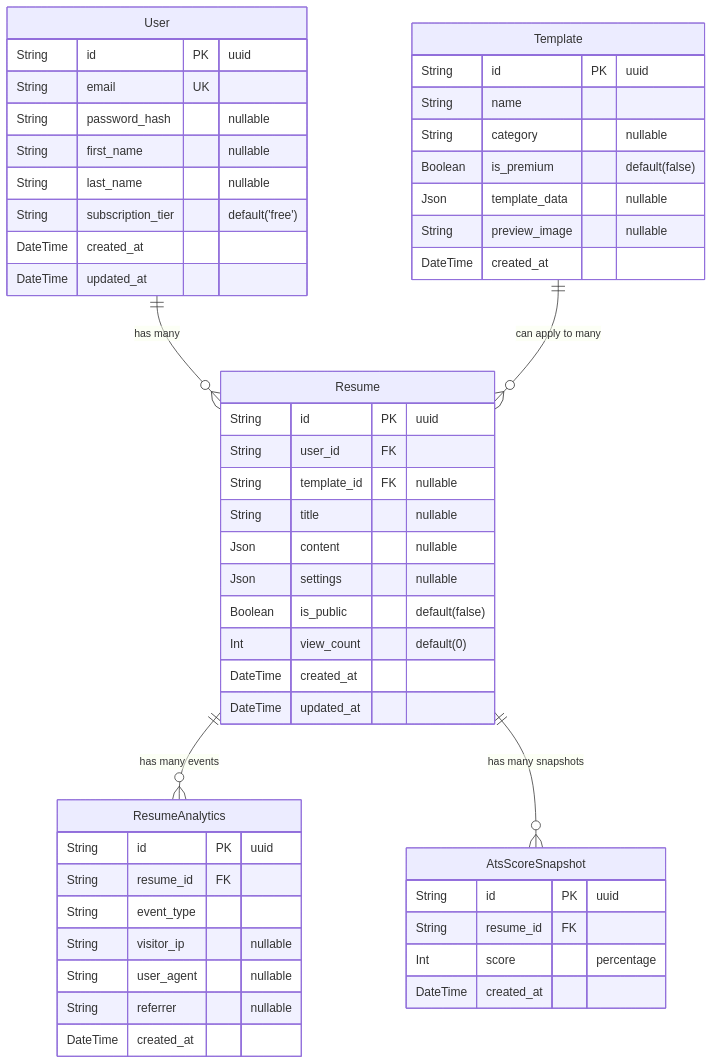
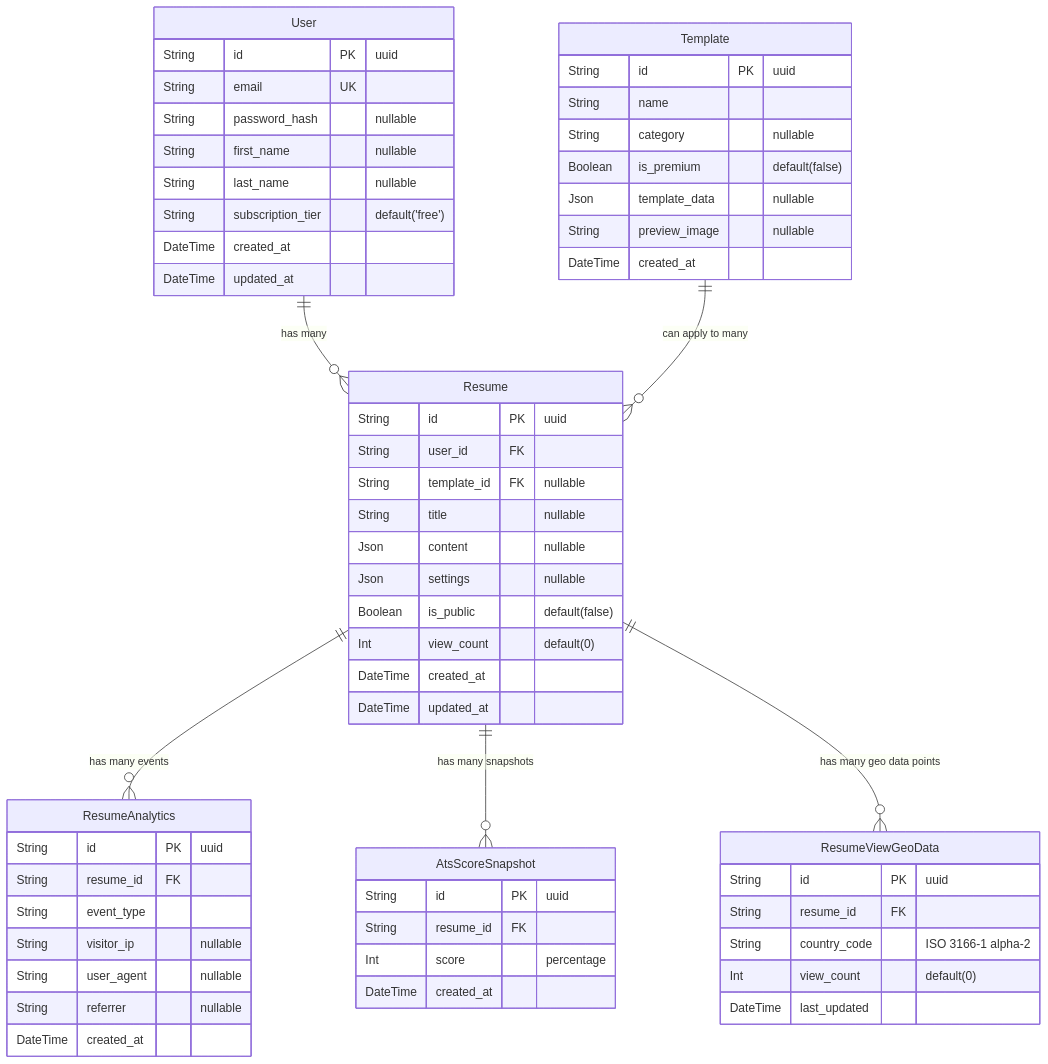
Before and after one commit to moss101/Cvleap3: the diagram in docs/erd/US003_resume_analytics.erd.md, drawn with Mermaid. The commit also changed 7 other files, not shown here.

First line of the commit message:
feat(analytics): Define backend architecture for US005 Geo-Heatmap Data

````diff
--- a/docs/erd/US003_resume_analytics.erd.md
+++ b/docs/erd/US003_resume_analytics.erd.md
@@ -1,61 +1,70 @@
 ```mermaid
 erDiagram
     User {
         String id PK "uuid"
         String email UK
         String password_hash "nullable"
         String first_name "nullable"
         String last_name "nullable"
         String subscription_tier "default('free')"
         DateTime created_at
         DateTime updated_at
     }
 
     Resume {
         String id PK "uuid"
         String user_id FK
         String template_id FK "nullable"
         String title "nullable"
         Json content "nullable"
         Json settings "nullable"
         Boolean is_public "default(false)"
         Int view_count "default(0)"
         DateTime created_at
         DateTime updated_at
     }
 
     Template {
         String id PK "uuid"
         String name
         String category "nullable"
         Boolean is_premium "default(false)"
         Json template_data "nullable"
         String preview_image "nullable"
         DateTime created_at
     }
 
     ResumeAnalytics {
         String id PK "uuid"
         String resume_id FK
         String event_type
         String visitor_ip "nullable"
         String user_agent "nullable"
         String referrer "nullable"
         DateTime created_at
     }
 
     User ||--o{ Resume : "has many"
     Template ||--o{ Resume : "can apply to many"
     Resume ||--o{ ResumeAnalytics : "has many events"
     Resume ||--o{ AtsScoreSnapshot : "has many snapshots"
+    Resume ||--o{ ResumeViewGeoData : "has many geo data points"
 
     AtsScoreSnapshot {
         String id PK "uuid"
         String resume_id FK
         Int score "percentage"
         DateTime created_at
     }
 
-    %% Note: AiContentCache is omitted as per focus on resume analytics for US003 & US004
+    ResumeViewGeoData {
+        String id PK "uuid"
+        String resume_id FK
+        String country_code "ISO 3166-1 alpha-2"
+        Int view_count "default(0)"
+        DateTime last_updated
+    }
+
+    %% Note: AiContentCache is omitted as per focus on resume analytics for US003, US004 & US005
     %% but it exists in the schema.prisma.
 ```
````
